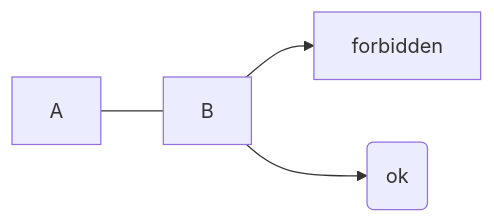
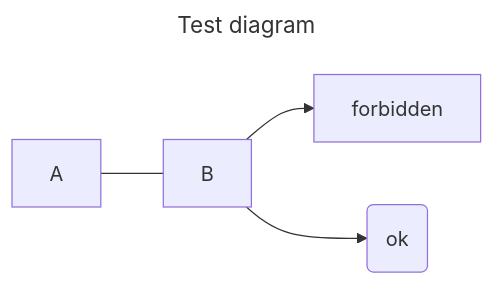
The diagram in pages/sample/index.md (mattiash/svelte-notebook), drawn with Mermaid before and after one commit. The commit also changed 1 other file, not shown here.

Commit message:
Add mermaid to README

````diff
--- a/pages/sample/index.md
+++ b/pages/sample/index.md
@@ -58,6 +58,9 @@
 ```mermaid
+---
+title: Test diagram
+---
 graph LR
       A --- B
       B-->C[forbidden]
       B-->D(ok);
 ```
````
